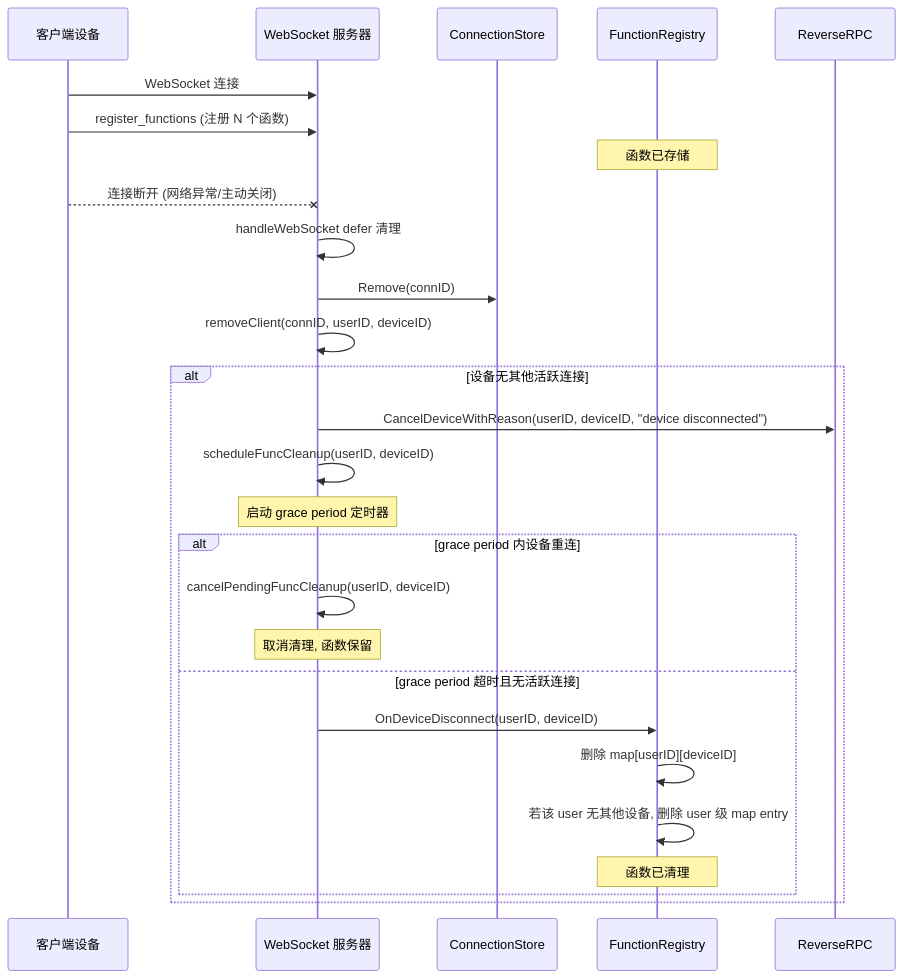
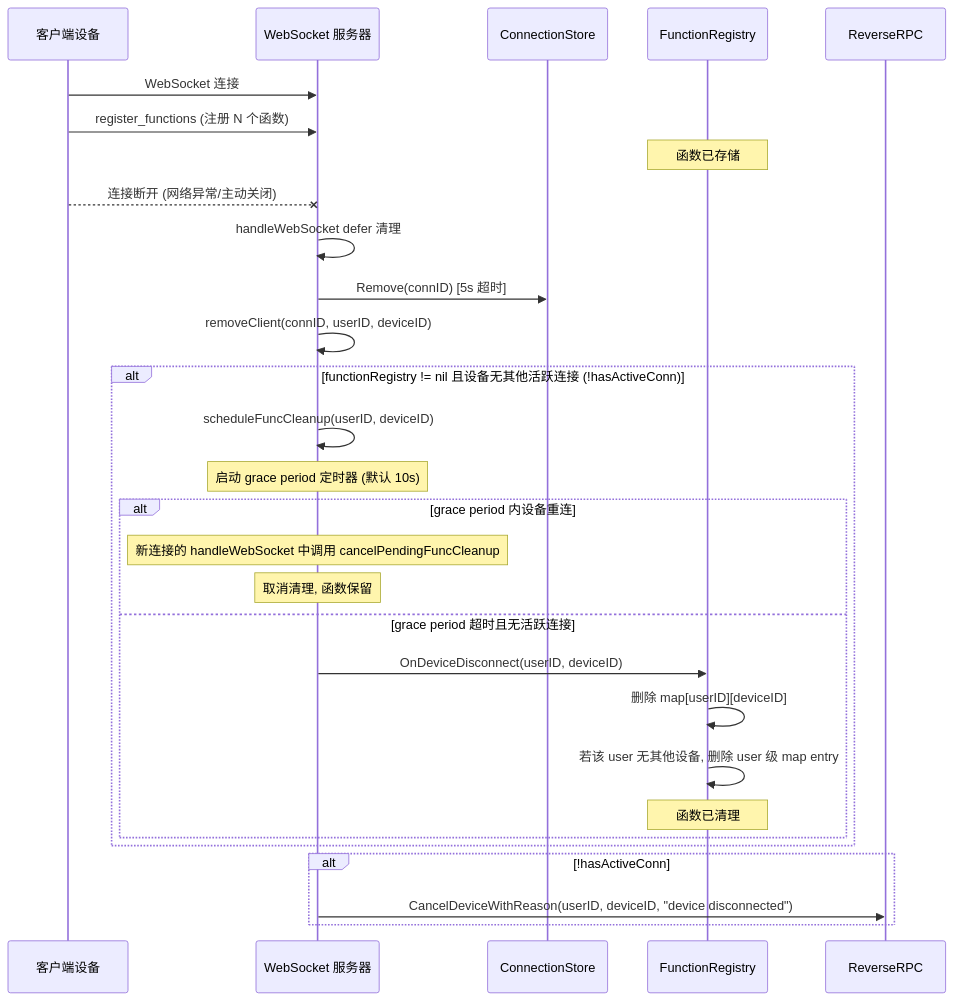
One commit to PineappleBond/xyncra-server changed the third of 10 diagrams in wiki/flows/function-registry.md. Above: the diagram before and after it, drawn with Mermaid. The commit also changed other lines of this file and 21 other files, not shown here.

Commit message:
docs(wiki): add edge cases and fix inaccuracies across all flow documents

````diff
--- a/wiki/flows/function-registry.md
+++ b/wiki/flows/function-registry.md
@@ -111,31 +111,34 @@
 ```mermaid
 sequenceDiagram
     participant Client as 客户端设备
     participant WS as WebSocket 服务器
     participant CS as ConnectionStore
     participant Registry as FunctionRegistry
     participant RPC as ReverseRPC
 
     Client->>WS: WebSocket 连接
     Client->>WS: register_functions (注册 N 个函数)
     Note over Registry: 函数已存储
     Client--xWS: 连接断开 (网络异常/主动关闭)
     WS->>WS: handleWebSocket defer 清理
-    WS->>CS: Remove(connID)
+    WS->>CS: Remove(connID) [5s 超时]
     WS->>WS: removeClient(connID, userID, deviceID)
 
-    alt 设备无其他活跃连接
-        WS->>RPC: CancelDeviceWithReason(userID, deviceID, "device disconnected")
+    alt functionRegistry != nil 且设备无其他活跃连接 (!hasActiveConn)
         WS->>WS: scheduleFuncCleanup(userID, deviceID)
-        Note over WS: 启动 grace period 定时器
+        Note over WS: 启动 grace period 定时器 (默认 10s)
         alt grace period 内设备重连
-            WS->>WS: cancelPendingFuncCleanup(userID, deviceID)
+            Note over WS: 新连接的 handleWebSocket 中调用 cancelPendingFuncCleanup
             Note over WS: 取消清理, 函数保留
         else grace period 超时且无活跃连接
             WS->>Registry: OnDeviceDisconnect(userID, deviceID)
             Registry->>Registry: 删除 map[userID][deviceID]
             Registry->>Registry: 若该 user 无其他设备, 删除 user 级 map entry
             Note over Registry: 函数已清理
         end
     end
+
+    alt !hasActiveConn
+        WS->>RPC: CancelDeviceWithReason(userID, deviceID, "device disconnected")
+    end
 ```
````
